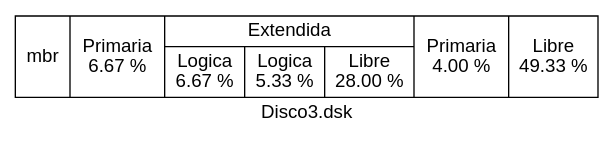
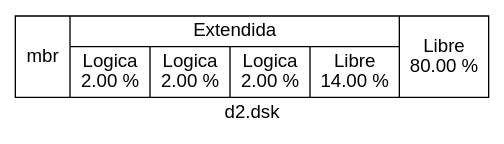
Before and after one commit to Desquivel501/-MIA-PROYECTO1_202010055: the diagram in auxiliar_disk.dot, drawn with Graphviz. The commit also changed 4 other files, not shown here.

```diff
--- a/auxiliar_disk.dot
+++ b/auxiliar_disk.dot
@@ -1,7 +1,7 @@
 digraph G {
 fontname="Helvetica,Arial,sans-serif"
 node [fontname="Helvetica,Arial,sans-serif"]
 rankdir=TB;
  node [shape=record];
-label="Disco3.dsk"
-a[label = " mbr| Primaria \n6.67 %| {Extendida | {Logica \n6.67 %| Logica \n5.33 %| Libre \n28.00 %}}| Primaria \n4.00 %| Libre \n49.33 %"]}
+label="d2.dsk"
+a[label = " mbr| {Extendida | {Logica \n2.00 %| Logica \n2.00 %| Logica \n2.00 %| Libre \n14.00 %}}| Libre \n80.00 %"]}
```
